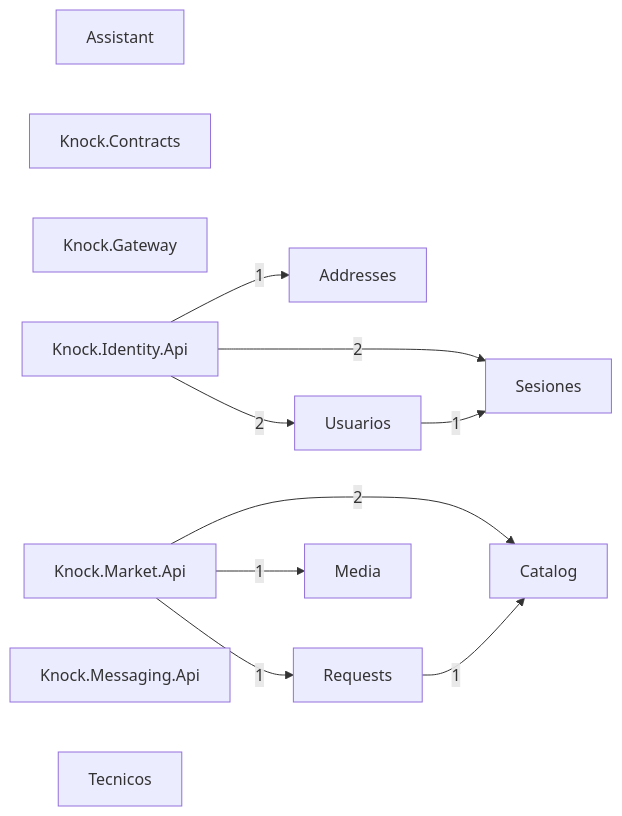
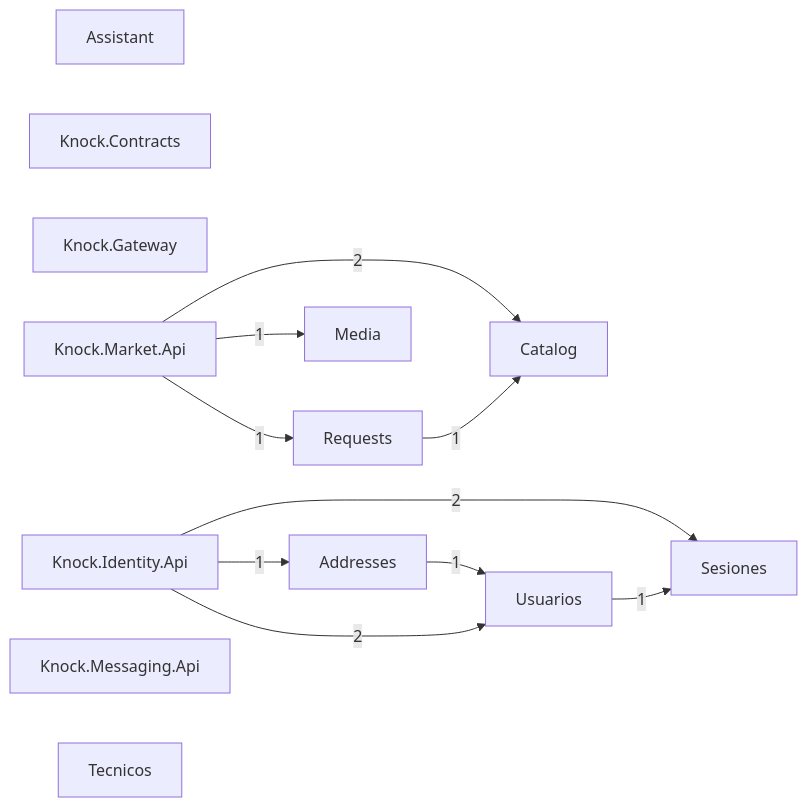
Before and after one commit to Tensei-Devs/knock-backend: the diagram in docs/architecture/modules.mmd, drawn with Mermaid. The commit also changed 3 other files, not shown here.

```diff
--- a/docs/architecture/modules.mmd
+++ b/docs/architecture/modules.mmd
@@ -1,22 +1,23 @@
 graph LR
   Addresses["Addresses"]
   Assistant["Assistant"]
   Catalog["Catalog"]
   Knock_Contracts["Knock.Contracts"]
   Knock_Gateway["Knock.Gateway"]
   Knock_Identity_Api["Knock.Identity.Api"]
   Knock_Market_Api["Knock.Market.Api"]
   Knock_Messaging_Api["Knock.Messaging.Api"]
   Media["Media"]
   Requests["Requests"]
   Sesiones["Sesiones"]
   Tecnicos["Tecnicos"]
   Usuarios["Usuarios"]
+  Addresses -->|1| Usuarios
   Knock_Identity_Api -->|1| Addresses
   Knock_Identity_Api -->|2| Sesiones
   Knock_Identity_Api -->|2| Usuarios
   Knock_Market_Api -->|2| Catalog
   Knock_Market_Api -->|1| Media
   Knock_Market_Api -->|1| Requests
   Requests -->|1| Catalog
   Usuarios -->|1| Sesiones
```
